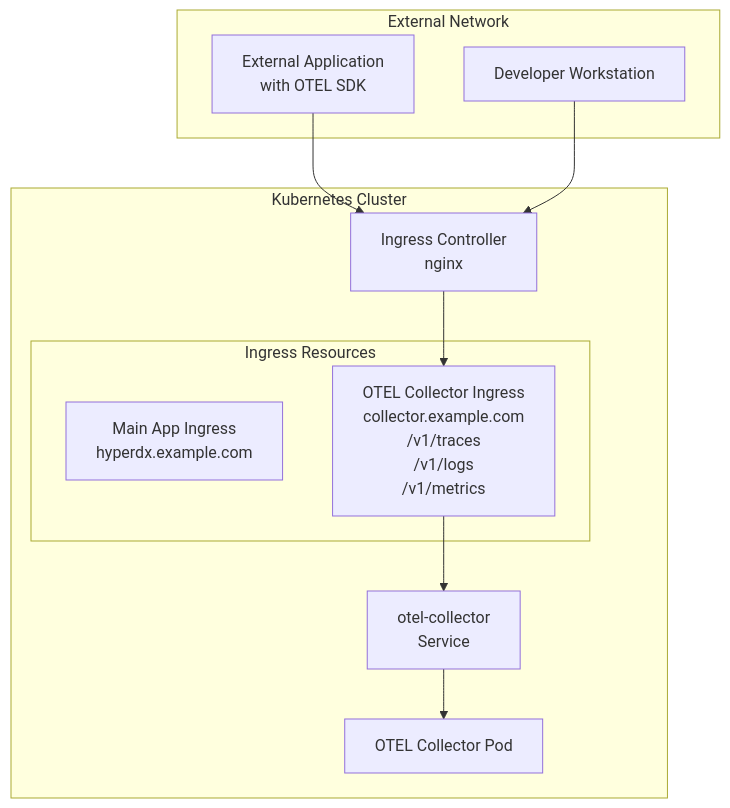
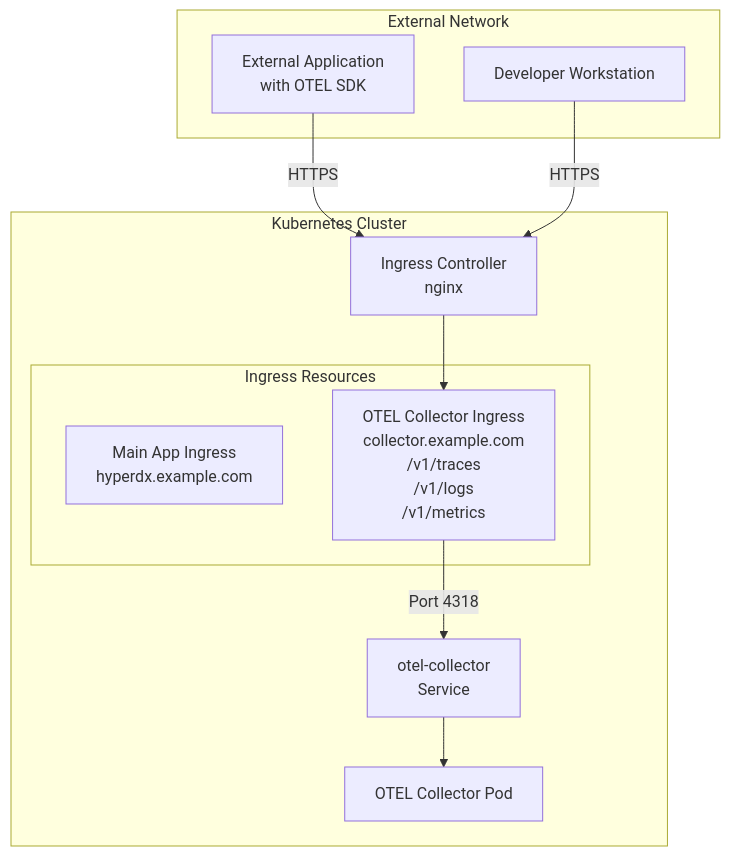
One commit to openchoreo/openchoreo changed the third of 5 diagrams in docs/hyperdxio-helm-charts-docs/Integrating-Applications.md. Above: the diagram before and after it, drawn with Mermaid. The commit also changed other lines of this file and 85 other files, not shown here.

Commit message:
feat: Add new workflow and specification templates, update Helm chart dependencies, and clarify documentation diagrams.

````diff
--- a/docs/hyperdxio-helm-charts-docs/Integrating-Applications.md
+++ b/docs/hyperdxio-helm-charts-docs/Integrating-Applications.md
@@ -133,33 +133,33 @@
 ```mermaid
 flowchart TD
 
 ExtApp["External Application<br>with OTEL SDK"]
 DevMachine["Developer Workstation"]
 Ingress["Ingress Controller<br>nginx"]
 MainIngress["Main App Ingress<br>hyperdx.example.com"]
 OTELIngress["OTEL Collector Ingress<br>collector.example.com<br>/v1/traces<br>/v1/logs<br>/v1/metrics"]
 OTELSvc["otel-collector<br>Service"]
 OTELPod["OTEL Collector Pod"]
 
-ExtApp --> Ingress
-DevMachine --> Ingress
+ExtApp -->|"HTTPS"| Ingress
+DevMachine -->|"HTTPS"| Ingress
 
 subgraph subGraph2 ["Kubernetes Cluster"]
     Ingress
     OTELSvc
     OTELPod
     Ingress --> OTELIngress
-    OTELIngress --> OTELSvc
+    OTELIngress -->|"Port 4318"| OTELSvc
     OTELSvc --> OTELPod
 
 subgraph subGraph1 ["Ingress Resources"]
     MainIngress
     OTELIngress
 end
 end
 
 subgraph subGraph0 ["External Network"]
     ExtApp
     DevMachine
 end
 ```
````
